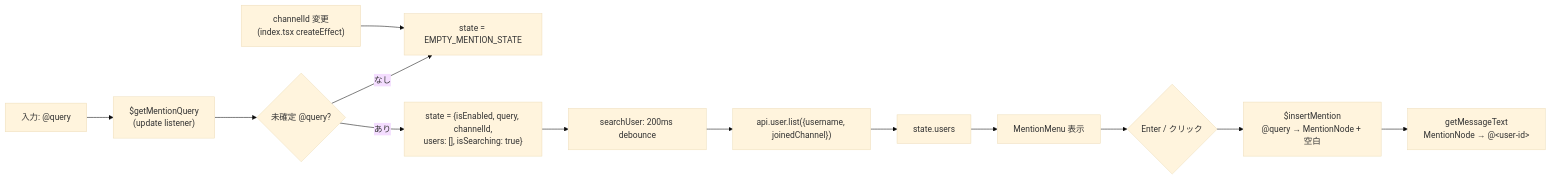
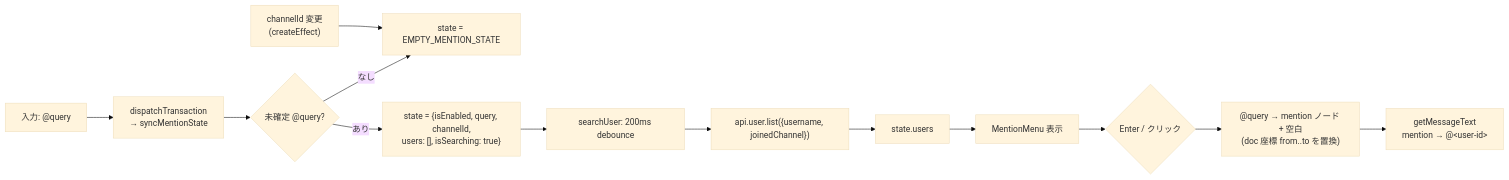
One commit to NfoAlex/giracle-frontend-solid changed the diagram in src/components/unique/GiracleTextinput/README.md. Above: the diagram before and after it, drawn with Mermaid (base theme). The commit also changed other lines of this file, not shown here.

````diff
--- a/src/components/unique/GiracleTextinput/README.md
+++ b/src/components/unique/GiracleTextinput/README.md
@@ -60,15 +53,15 @@
 ```mermaid
 flowchart LR
-  A["入力: @query"] --> B["$getMentionQuery<br/>(update listener)"]
+  A["入力: @query"] --> B["dispatchTransaction<br/>→ syncMentionState"]
   B --> C{未確定 @query?}
   C -- なし --> D["state = EMPTY_MENTION_STATE"]
   C -- あり --> E["state = {isEnabled, query, channelId,<br/>users: [], isSearching: true}"]
   E --> F["searchUser: 200ms debounce"]
   F --> G["api.user.list({username, joinedChannel})"]
   G --> H["state.users"]
   H --> I["MentionMenu 表示"]
-  X["channelId 変更<br/>(index.tsx createEffect)"] --> D
+  X["channelId 変更<br/>(createEffect)"] --> D
   I --> J{"Enter / クリック"}
-  J --> K["$insertMention<br/>@query → MentionNode + 空白"]
-  K --> L["getMessageText<br/>MentionNode → @&lt;user-id&gt;"]
+  J --> K["@query → mention ノード + 空白<br/>(doc 座標 from..to を置換)"]
+  K --> L["getMessageText<br/>mention → @&lt;user-id&gt;"]
 ```
````
